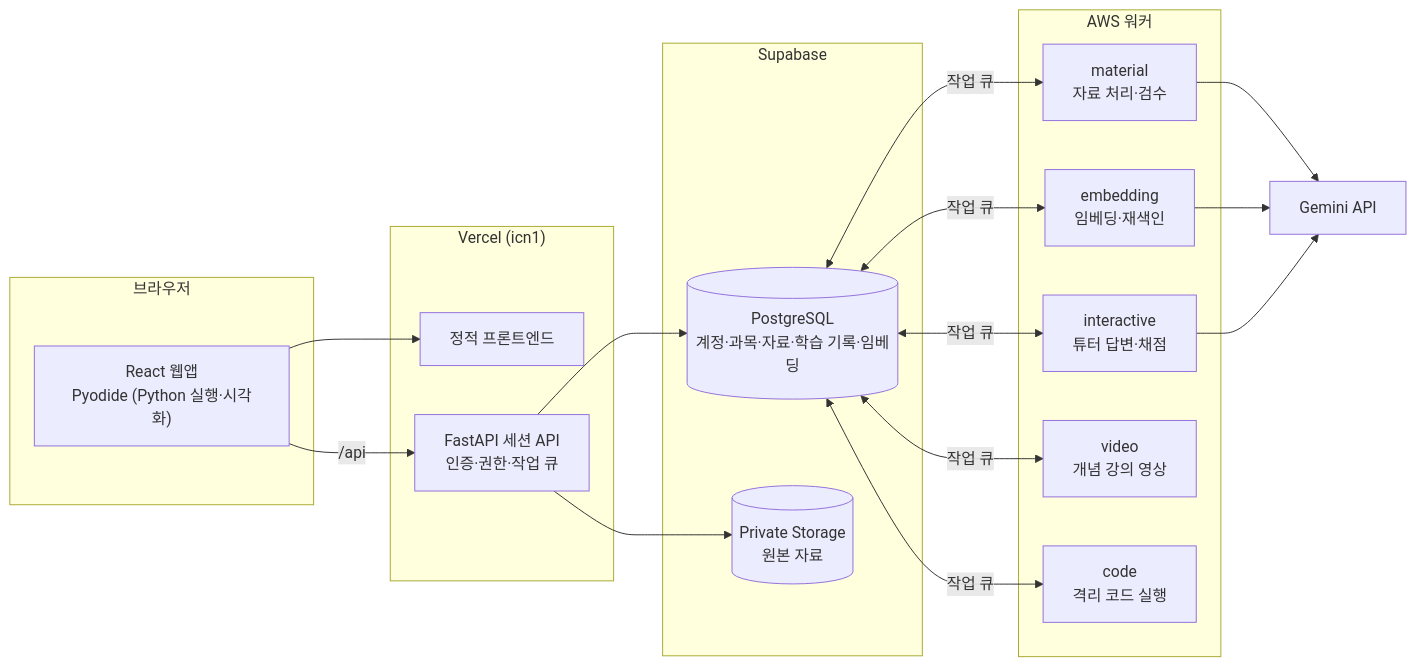
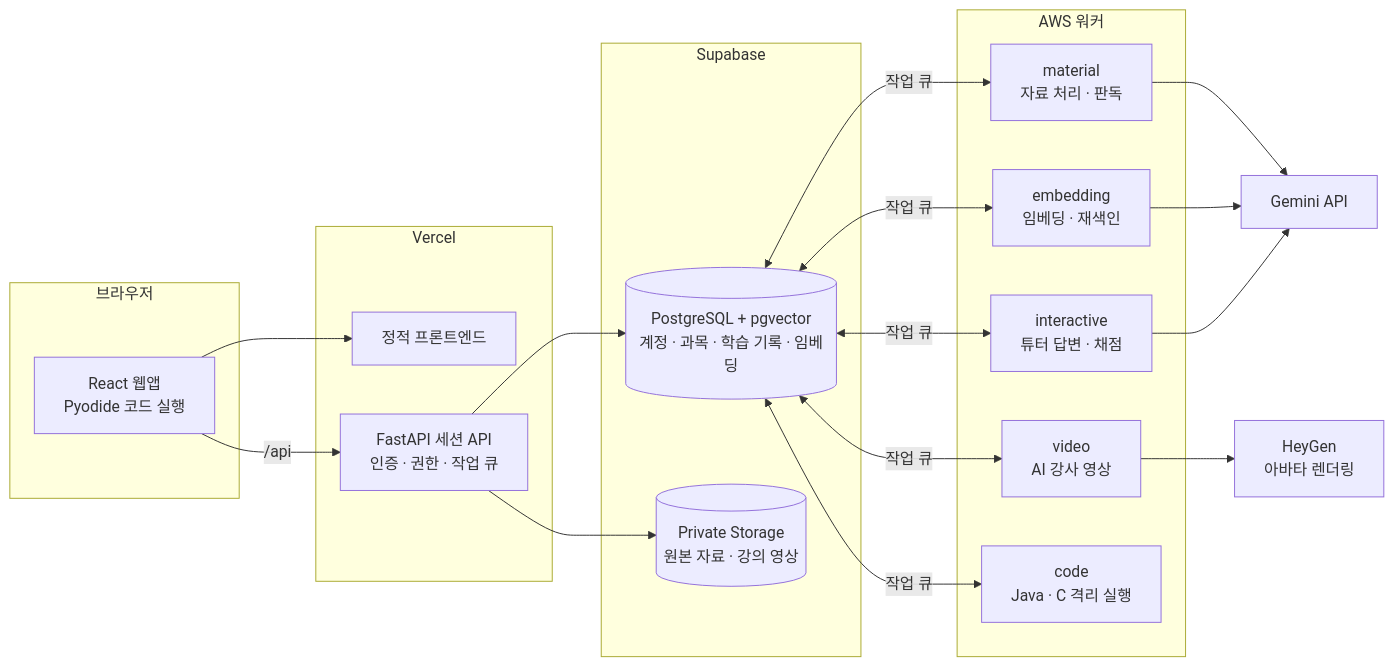
Before and after one commit to jun030426/TraceLens__jmj: the fourth of 4 diagrams in README.md, drawn with Mermaid. The commit also changed other lines of this file, not shown here.

````diff
--- a/README.md
+++ b/README.md
@@ -45,33 +118,35 @@
 ```mermaid
 flowchart LR
     subgraph Browser["브라우저"]
-        Web["React 웹앱<br/>Pyodide (Python 실행·시각화)"]
+        Web["React 웹앱<br/>Pyodide 코드 실행"]
     end
 
-    subgraph Vercel["Vercel (icn1)"]
+    subgraph Vercel["Vercel"]
         FE["정적 프론트엔드"]
-        API["FastAPI 세션 API<br/>인증·권한·작업 큐"]
+        API["FastAPI 세션 API<br/>인증 · 권한 · 작업 큐"]
     end
 
     subgraph Supabase["Supabase"]
-        DB[("PostgreSQL<br/>계정·과목·자료·학습 기록·임베딩")]
-        ST[("Private Storage<br/>원본 자료")]
+        DB[("PostgreSQL + pgvector<br/>계정 · 과목 · 학습 기록 · 임베딩")]
+        ST[("Private Storage<br/>원본 자료 · 강의 영상")]
     end
 
     subgraph AWS["AWS 워커"]
-        MAT["material<br/>자료 처리·검수"]
-        EMB["embedding<br/>임베딩·재색인"]
-        INT["interactive<br/>튜터 답변·채점"]
-        VID["video<br/>개념 강의 영상"]
-        CODE["code<br/>격리 코드 실행"]
+        MAT["material<br/>자료 처리 · 판독"]
+        EMB["embedding<br/>임베딩 · 재색인"]
+        INT["interactive<br/>튜터 답변 · 채점"]
+        VID["video<br/>AI 강사 영상"]
+        CODE["code<br/>Java · C 격리 실행"]
     end
 
     Gemini["Gemini API"]
+    HeyGen["HeyGen<br/>아바타 렌더링"]
 
     Web --> FE
     Web -->|/api| API
     API --> DB
     API --> ST
     DB <-->|작업 큐| MAT & EMB & INT & VID & CODE
     MAT & EMB & INT --> Gemini
+    VID --> HeyGen
 ```
````
